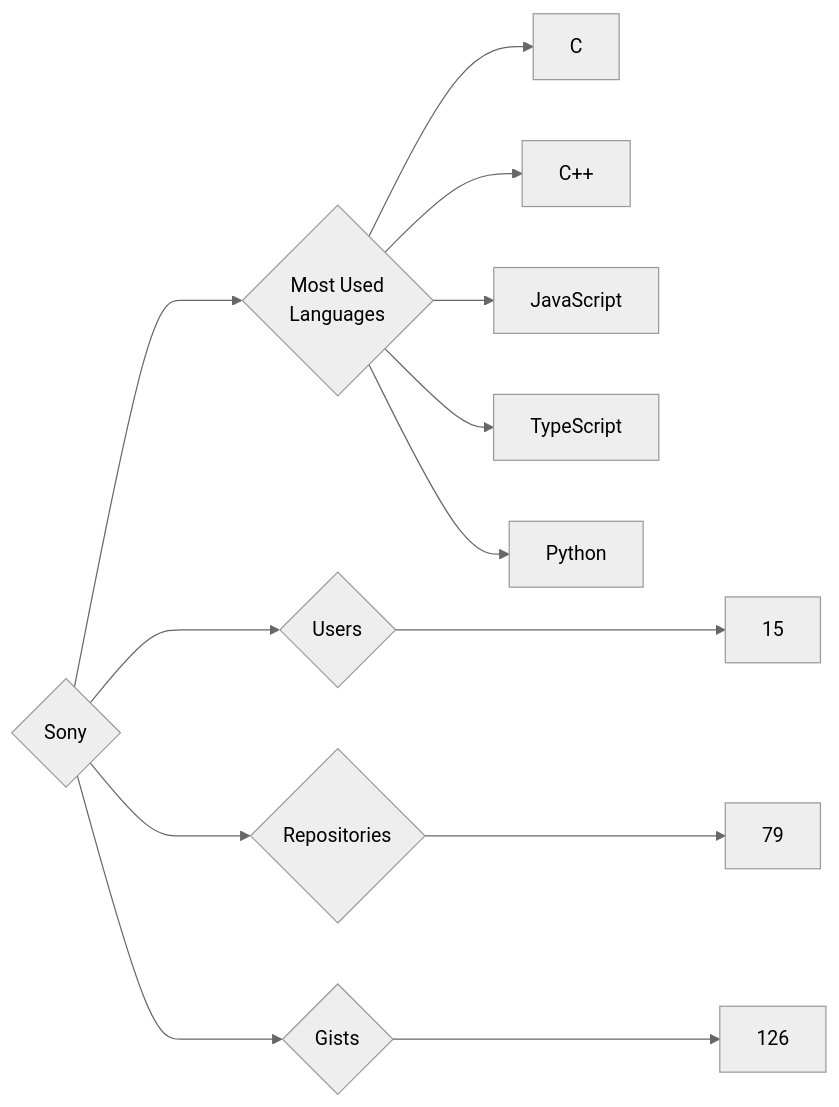
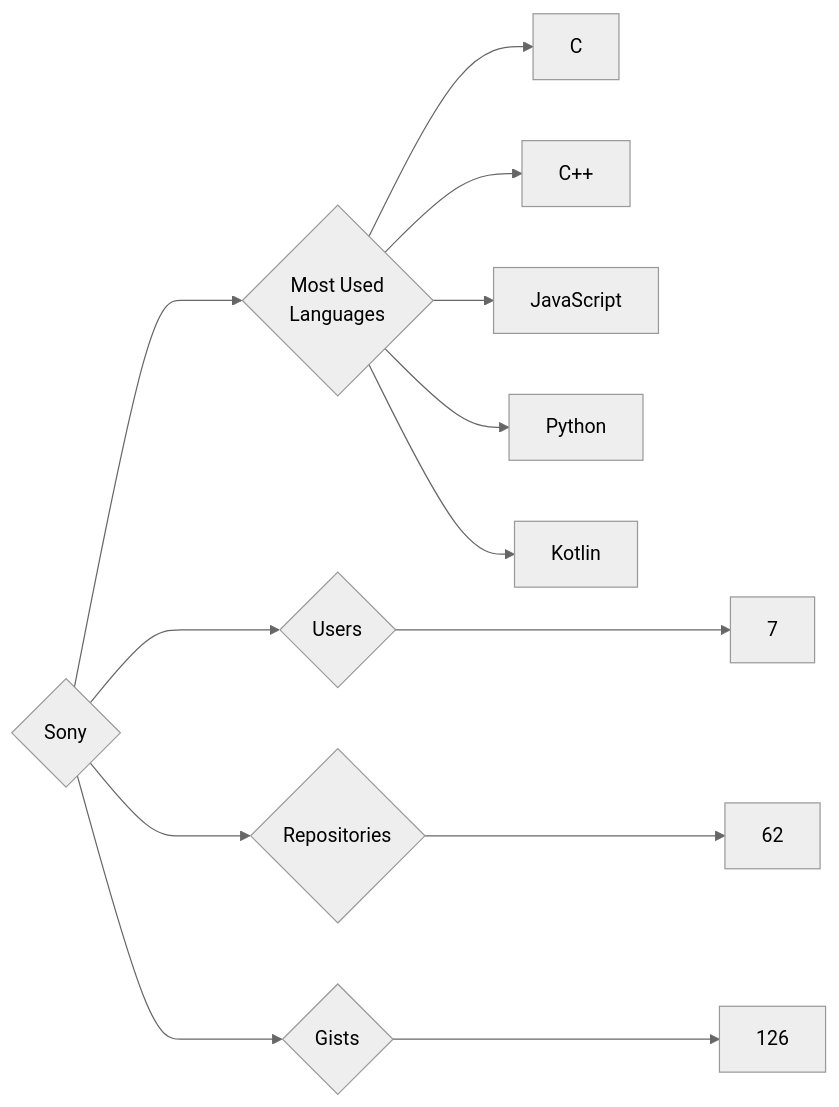
The diagram in targets/Sony/README.md (trickest/insiders), drawn with Mermaid (neutral theme) before and after one commit. The commit also changed 871 other files, not shown here.

````diff
--- a/targets/Sony/README.md
+++ b/targets/Sony/README.md
@@ -3,13 +3,13 @@
 ```mermaid
 graph LR
 COMPANY_NAME{Sony}
-COMPANY_NAME ---> U{Users} ---> UN[15]
-COMPANY_NAME ---> R{Repositories} ---> RN[79]
+COMPANY_NAME ---> U{Users} ---> UN[7]
+COMPANY_NAME ---> R{Repositories} ---> RN[62]
 COMPANY_NAME ---> G{Gists} ---> GN[126]
 COMPANY_NAME ---> ML{Most Used<br>Languages}
 ML --> C[C]
 ML --> C++[C++]
 ML --> JavaScript[JavaScript]
-ML --> TypeScript[TypeScript]
 ML --> Python[Python]
+ML --> Kotlin[Kotlin]
 ```
````
